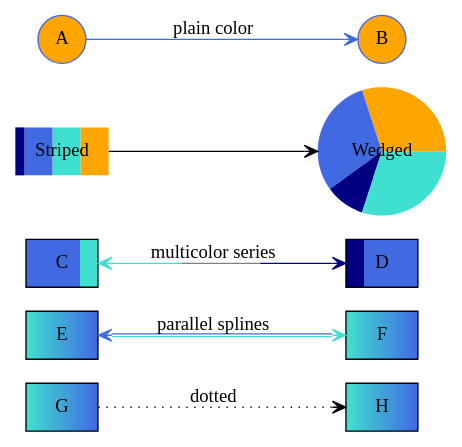
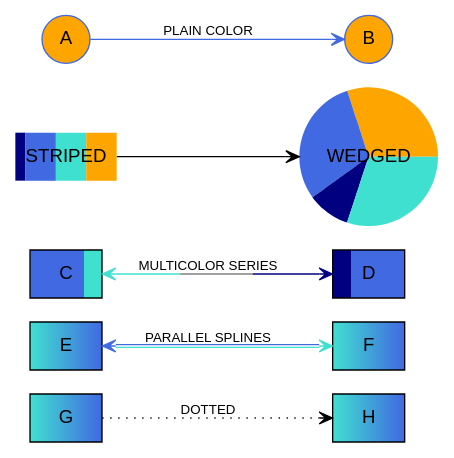
Before and after one commit to mariusz-schimke/GiGraph: the third of 8 diagrams in README.md, drawn with Graphviz. The commit also changed other lines of this file, not shown here.

````diff
--- a/README.md
+++ b/README.md
@@ -243,38 +245,39 @@
 ```dot
 digraph
 {
+    fontname = Helvetica
     rankdir = LR
 
-    node [ fillcolor = "turquoise:royalblue", shape = rectangle, style = filled ]
-    edge [ arrowhead = vee, arrowtail = vee ]
+    node [ fillcolor = "turquoise:royalblue", fontname = Helvetica, shape = rectangle, style = filled ]
+    edge [ arrowhead = vee, arrowtail = vee, fontname = Helvetica, fontsize = 10 ]
 
     {
-        G -> H [ label = dotted, style = dotted ]
+        G -> H [ label = DOTTED, style = dotted ]
     }
 
     {
-        E -> F [ color = "turquoise:royalblue", dir = both, label = "parallel splines" ]
+        E -> F [ color = "turquoise:royalblue", dir = both, label = "PARALLEL SPLINES" ]
     }
 
     {
         C [ fillcolor = "royalblue:turquoise;0.25" ]
         D [ fillcolor = "navy;0.25:royalblue" ]
 
-        C -> D [ color = "turquoise;0.33:gray;0.33:navy", dir = both, label = "multicolor series" ]
+        C -> D [ color = "turquoise;0.33:gray;0.33:navy", dir = both, label = "MULTICOLOR SERIES" ]
     }
 
     {
-        Striped [ color = transparent, fillcolor = "navy;0.1:royalblue:turquoise:orange", style = "filled, striped" ]
-        Wedged [ color = transparent, fillcolor = "orange:royalblue:navy;0.1:turquoise", shape = circle, style = "filled, wedged" ]
+        STRIPED [ color = transparent, fillcolor = "navy;0.1:royalblue:turquoise:orange", style = "filled, striped" ]
+        WEDGED [ color = transparent, fillcolor = "orange:royalblue:navy;0.1:turquoise", shape = circle, style = "filled, wedged" ]
 
-        Striped -> Wedged
+        STRIPED -> WEDGED
     }
 
     {
         node [ color = royalblue, fillcolor = orange, shape = circle ]
         edge [ color = royalblue ]
 
-        A -> B [ label = "plain color" ]
+        A -> B [ label = "PLAIN COLOR" ]
     }
 }
 ```
````
